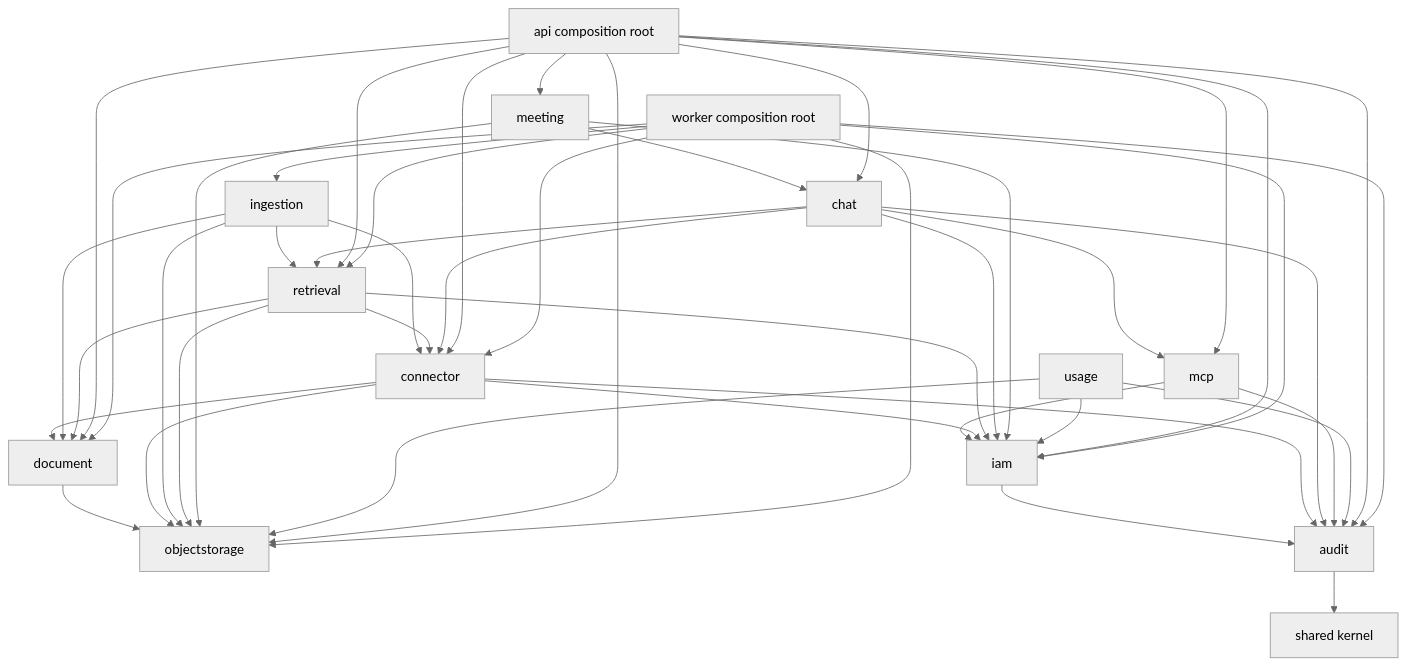
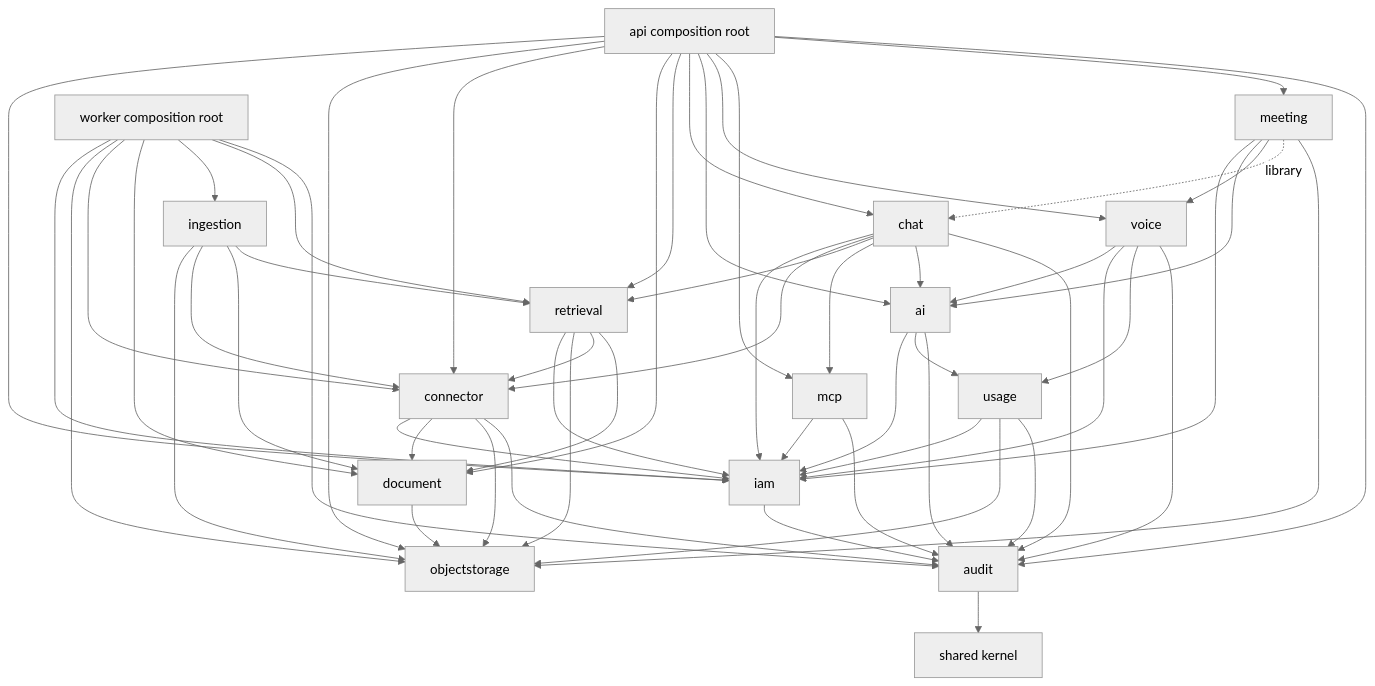
The second of 6 diagrams in ARCHITECTURE.md (kl3inIT/MemoryOS), drawn with Mermaid (neutral theme) before and after one commit. The commit also changed other lines of this file and 8 other files, not shown here.

First line of the commit message:
docs: record the ai and voice modules and the meeting library boundary

````diff
--- a/ARCHITECTURE.md
+++ b/ARCHITECTURE.md
@@ -50,61 +50,75 @@
 ```mermaid
 flowchart TB
     IAM[iam]
     OBJ[objectstorage]
     CON[connector]
     DOC[document]
     ING[ingestion]
     RET[retrieval]
     CHAT[chat]
+    AI[ai]
+    VOICE[voice]
     MCP[mcp]
     MEET[meeting]
     USAGE[usage]
     AUD[audit]
     SHARED[shared kernel]
 
     MCP --> IAM
     DOC --> OBJ
     CON --> IAM
     CON --> DOC
     CON --> OBJ
     ING --> OBJ
     ING --> CON
     ING --> DOC
     ING --> RET
     RET --> IAM
     RET --> OBJ
     RET --> CON
     RET --> DOC
     CHAT --> IAM
     CHAT --> CON
     CHAT --> RET
     CHAT --> MCP
+    CHAT --> AI
+    AI --> IAM
+    AI --> USAGE
+    VOICE --> AI
+    VOICE --> IAM
+    VOICE --> USAGE
     MEET --> IAM
-    MEET --> CHAT
+    MEET --> AI
+    MEET --> VOICE
+    MEET -. library .-> CHAT
     MEET --> OBJ
     IAM --> AUD
     CON --> AUD
     CHAT --> AUD
     MCP --> AUD
+    AI --> AUD
+    VOICE --> AUD
     USAGE --> IAM
     USAGE --> OBJ
     USAGE --> AUD
     AUD --> SHARED
 
     API[api composition root] --> IAM
     API --> OBJ
     API --> CON
     API --> DOC
     API --> RET
     API --> CHAT
+    API --> AI
+    API --> VOICE
     API --> MCP
     API --> MEET
     API --> AUD
     WORKER[worker composition root] --> IAM
     WORKER --> OBJ
     WORKER --> CON
     WORKER --> DOC
     WORKER --> ING
     WORKER --> RET
     WORKER --> AUD
 ```
````
